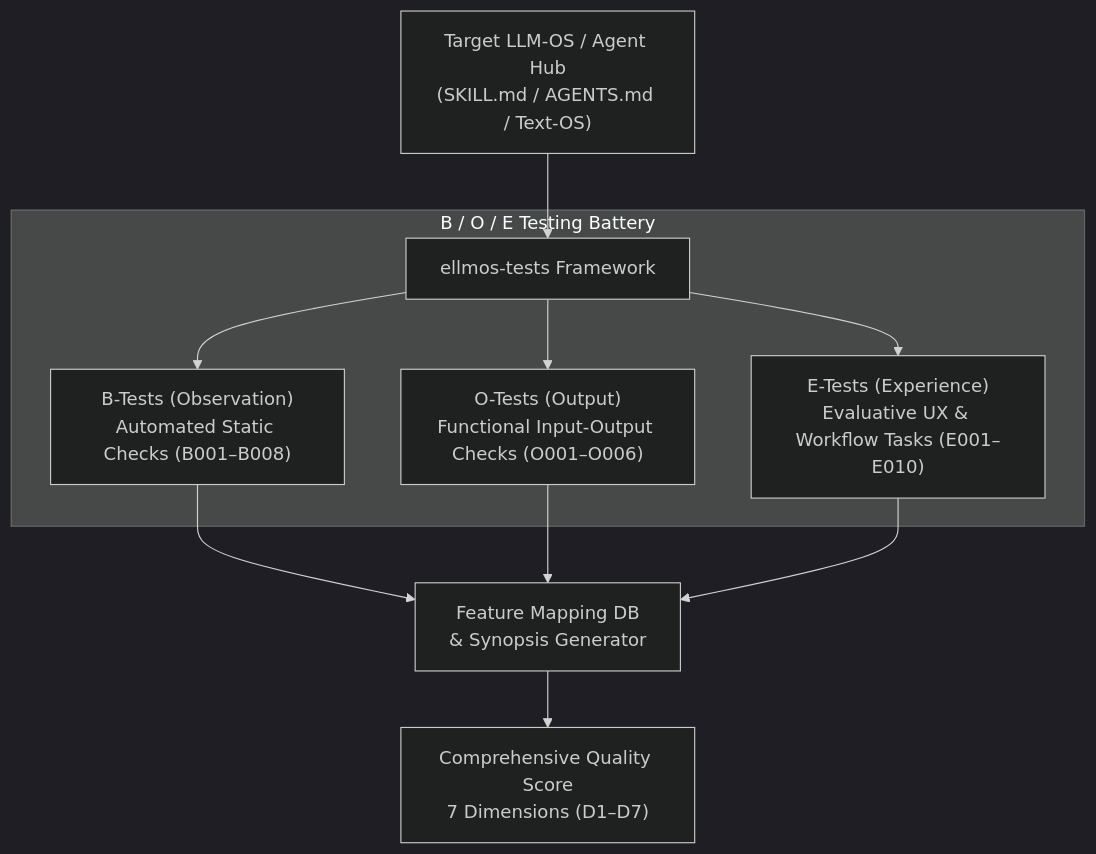
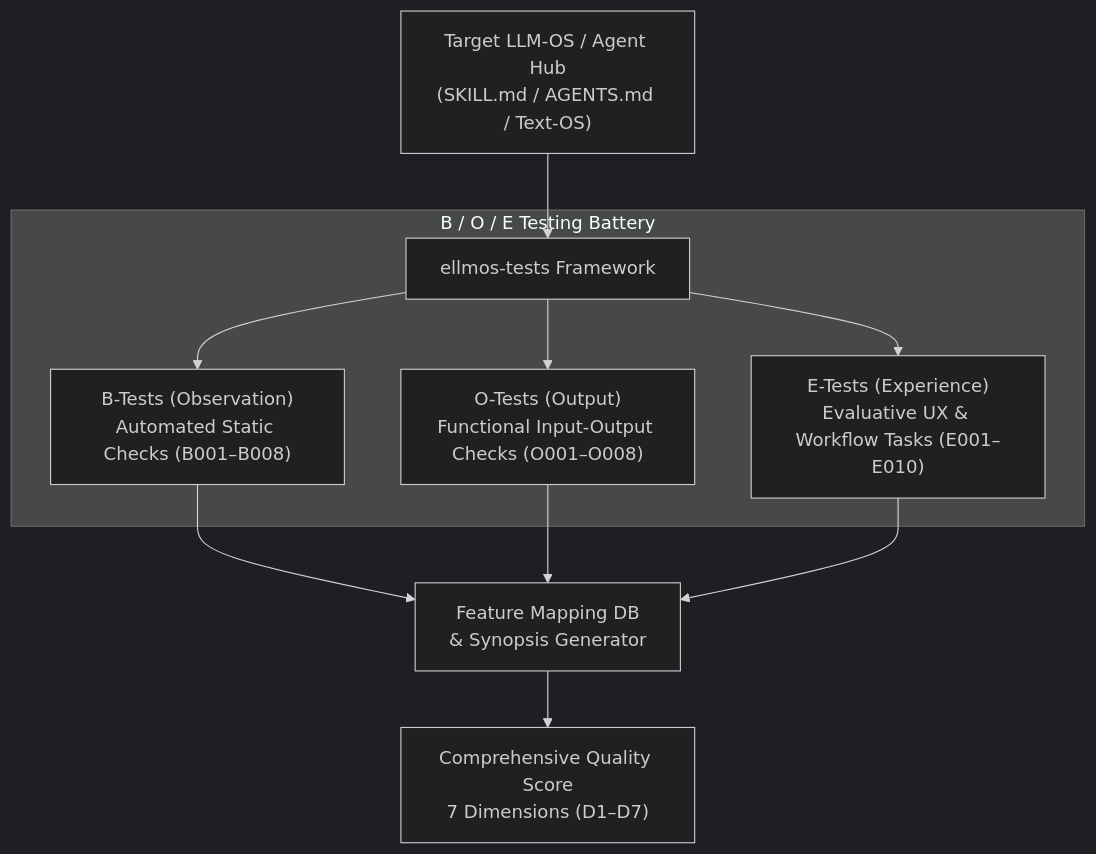
The diagram in README.md (ellmos-ai/ellmos-tests), drawn with Mermaid (dark theme) before and after one commit. The commit also changed other lines of this file and 11 other files, not shown here.

````diff
--- a/README.md
+++ b/README.md
@@ -33,16 +33,16 @@
 ```mermaid
 graph TD
     A["Target LLM-OS / Agent Hub<br/>(SKILL.md / AGENTS.md / Text-OS)"] --> B["ellmos-tests Framework"]
 
     subgraph "B / O / E Testing Battery"
         B --> B1["B-Tests (Observation)<br/>Automated Static Checks (B001–B008)"]
-        B --> B2["O-Tests (Output)<br/>Functional Input-Output Checks (O001–O006)"]
+        B --> B2["O-Tests (Output)<br/>Functional Input-Output Checks (O001–O008)"]
         B --> B3["E-Tests (Experience)<br/>Evaluative UX & Workflow Tasks (E001–E010)"]
     end
 
     B1 --> C["Feature Mapping DB<br/>& Synopsis Generator"]
     B2 --> C
     B3 --> C
 
     C --> D["Comprehensive Quality Score<br/>7 Dimensions (D1–D7)"]
 ```
````
